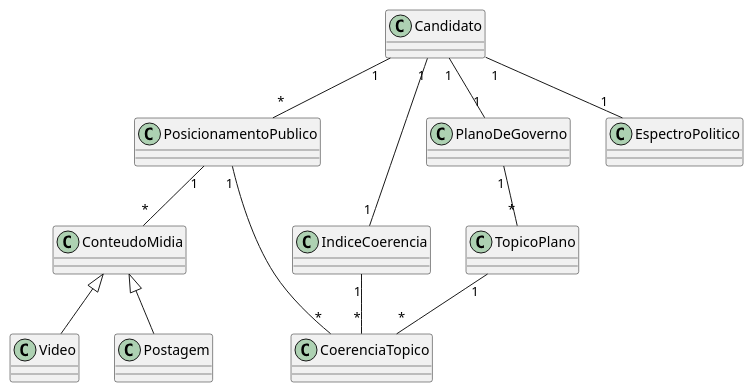
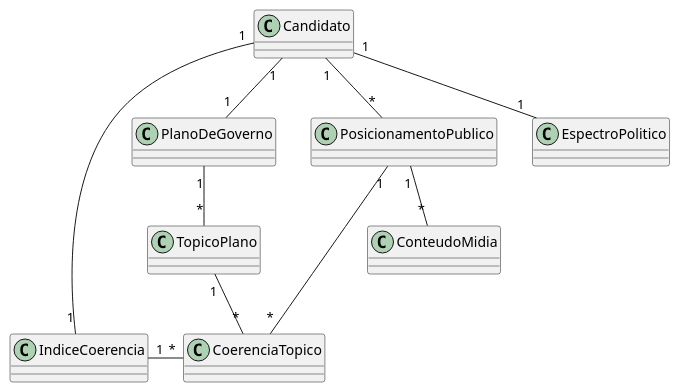
Before and after one commit to gabrielfaravola/ProjetoEngenharia: the diagram in Documentação /03 - Domínio/Diagrama_de_Classes_Negocios.md, drawn with PlantUML. The commit also changed other lines of this file, not shown here.

Commit message:
Update class diagram and relationships in documentation

````diff
--- a/Documentação /03 - Domínio/Diagrama_de_Classes_Negocios.md
+++ b/Documentação /03 - Domínio/Diagrama_de_Classes_Negocios.md
@@ -6,33 +6,28 @@
 ```plantuml
 @startuml
 
 class Candidato
 class PlanoDeGoverno
 class TopicoPlano
 class PosicionamentoPublico
 class ConteudoMidia
-class Video
-class Postagem
 class IndiceCoerencia
 class EspectroPolitico
 class CoerenciaTopico
 
-ConteudoMidia <|-- Video
-ConteudoMidia <|-- Postagem
-
-Candidato "1" -- "1" PlanoDeGoverno
+Candidato "1" -down- "1" PlanoDeGoverno
 PlanoDeGoverno "1" -- "*" TopicoPlano
 
 Candidato "1" -- "*" PosicionamentoPublico
 PosicionamentoPublico "1" -- "*" ConteudoMidia
 
 Candidato "1" -- "1" EspectroPolitico
 
 Candidato "1" -- "1" IndiceCoerencia
-IndiceCoerencia "1" -- "*" CoerenciaTopico
+IndiceCoerencia "1" - "*" CoerenciaTopico
 
-TopicoPlano "1" -- "*" CoerenciaTopico
-PosicionamentoPublico "1" --- "*" CoerenciaTopico
+TopicoPlano "1" -down- "*" CoerenciaTopico
+PosicionamentoPublico "1" -- "*" CoerenciaTopico
 
 @enduml
 ```
````
